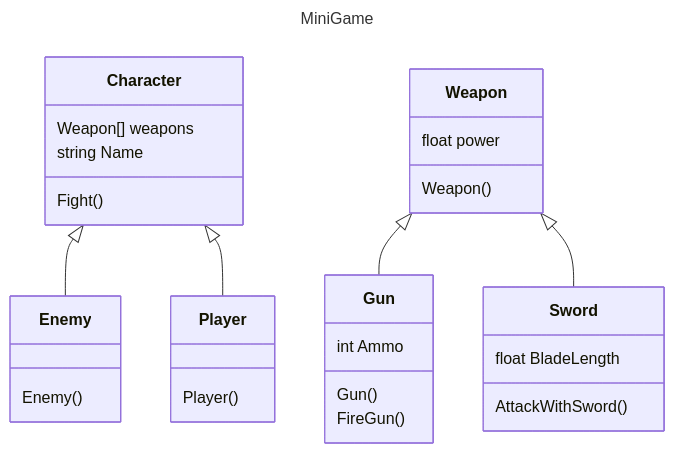
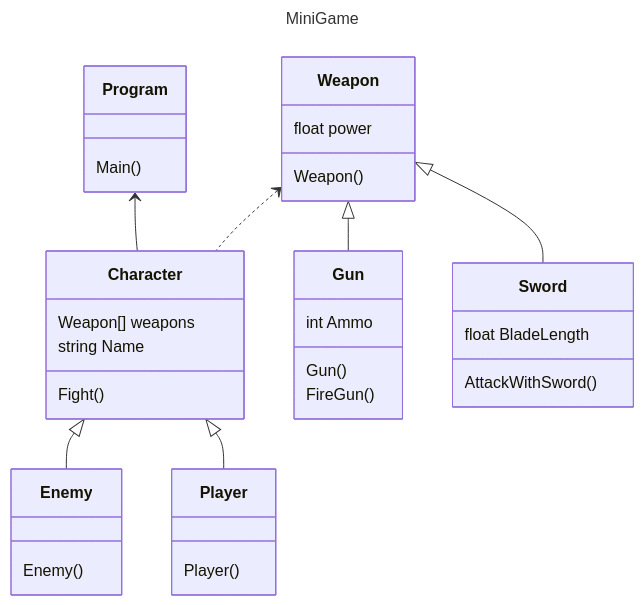
The diagram in README.md (whamslambamsam/LP1Semana08), drawn with Mermaid before and after one commit.

Commit message:
Added dependency arrow and Program class

````diff
--- a/README.md
+++ b/README.md
@@ -1,27 +1,32 @@
 ```mermaid
 ---
 title: MiniGame
 ---
 classDiagram
 Character : Weapon[] weapons
 Character : string Name
 Character : Fight()
 
 Character <|-- Enemy
 Enemy : Enemy()
 
 Character <|-- Player
 Player : Player()
 
 Weapon : float power
 Weapon : Weapon()
 
 Weapon <|-- Gun
 Gun : int Ammo
 Gun : Gun()
 Gun : FireGun()
 
 Weapon <|-- Sword
 Sword : float BladeLength
 Sword : AttackWithSword()
+
+Weapon <.. Character
+
+Program <-- Character
+Program : Main()
 ```
````
